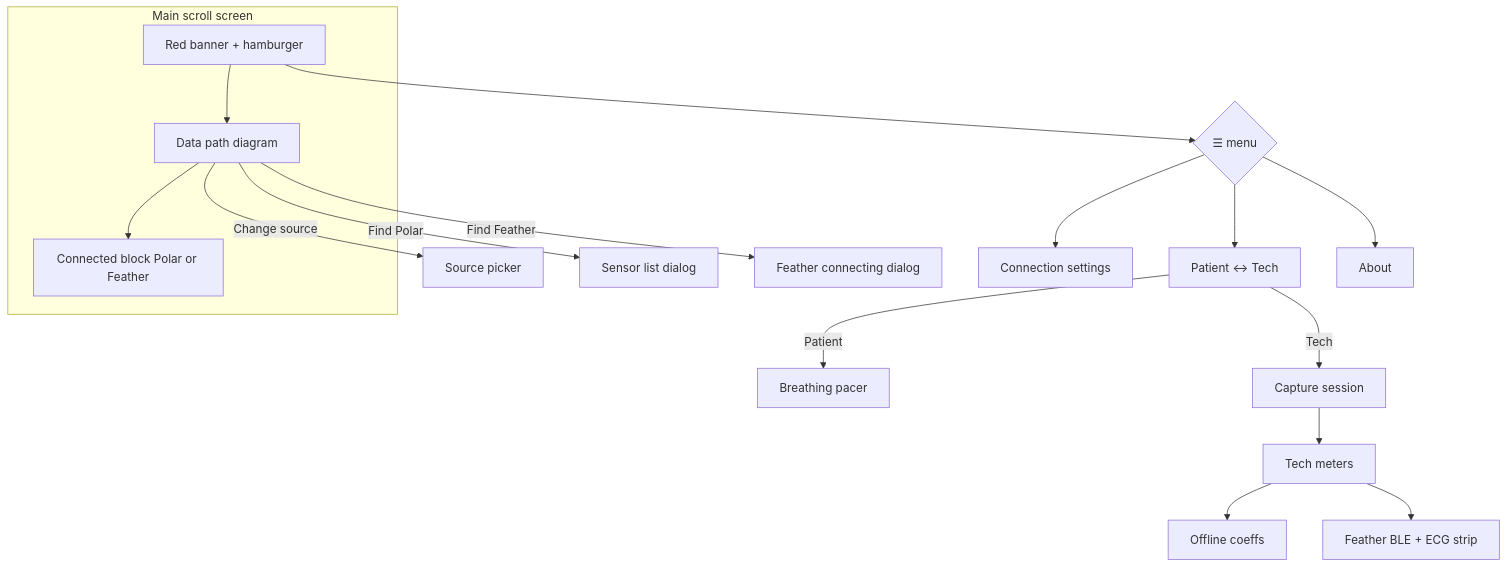
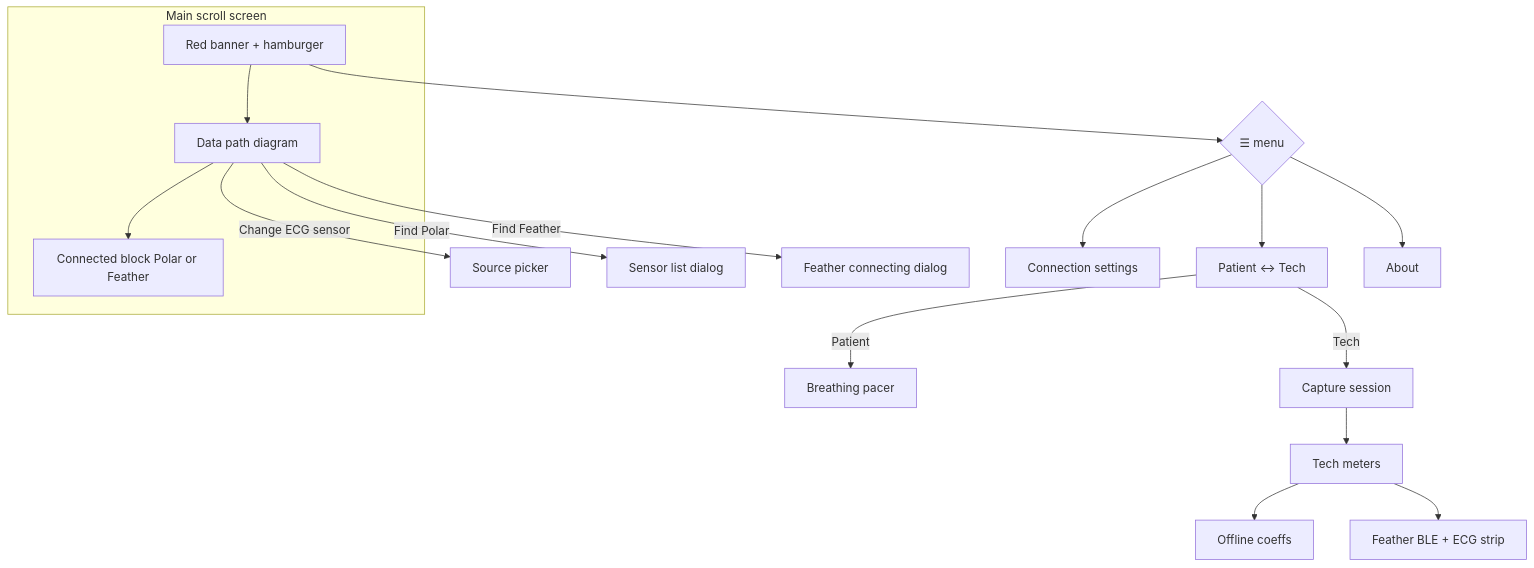
The diagram in docs/UI_LAYOUT_MAP.md (JoelAtHome/ECG-Phone-Bridge), drawn with Mermaid before and after one commit. The commit also changed other lines of this file and 8 other files, not shown here.

Commit message:
Release 1.0.0-beta.46: source-picker chrome polish and Feather contact honesty.

````diff
--- a/docs/UI_LAYOUT_MAP.md
+++ b/docs/UI_LAYOUT_MAP.md
@@ -178,25 +178,25 @@
 ```mermaid
 flowchart TB
   subgraph main [Main scroll screen]
     Banner[Red banner + hamburger]
     Flow[Data path diagram]
     SrcBlk[Connected block Polar or Feather]
     Banner --> Flow --> SrcBlk
   end
 
   Menu{☰ menu}
   Banner --> Menu
   Menu --> Conn[Connection settings]
   Menu --> Toggle[Patient ↔ Tech]
   Menu --> About[About]
 
-  Flow -->|Change source| KindDlg[Source picker]
+  Flow -->|Change ECG sensor| KindDlg[Source picker]
   Flow -->|Find Polar| SensorDlg[Sensor list dialog]
   Flow -->|Find Feather| FeatherDlg[Feather connecting dialog]
 
   Toggle -->|Patient| Pacer[Breathing pacer]
   Toggle -->|Tech| Cap[Capture session]
   Cap --> Tech[Tech meters]
   Tech --> Prof[Offline coeffs]
   Tech --> Fble[Feather BLE + ECG strip]
 ```
````
